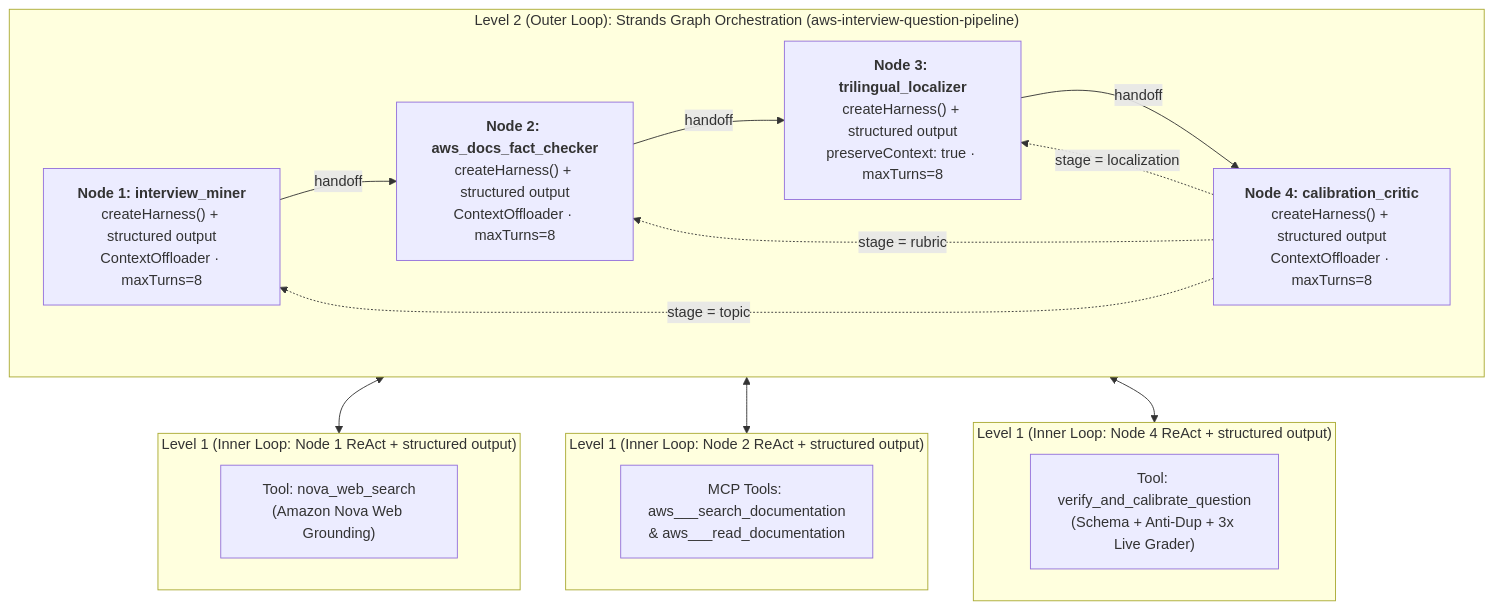
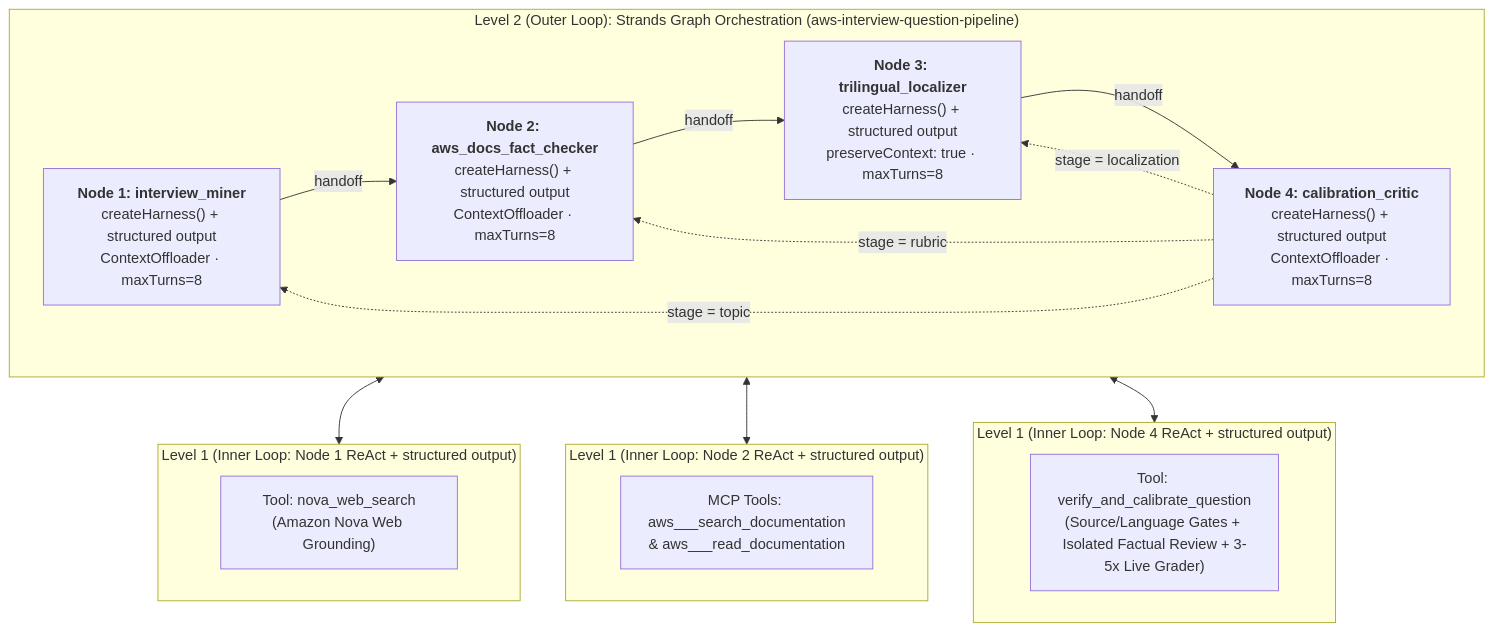
Before and after one commit to wongcyrus/The-Legend-of-AWS-Warrior: the diagram in docs/QUESTION_GENERATOR_AGENT.md, drawn with Mermaid. The commit also changed other lines of this file and 36 other files, not shown here.

Commit message:
Add Part 4 blog on question quality with AWS architecture diagram, Strands structured output, and research stack

````diff
--- a/docs/QUESTION_GENERATOR_AGENT.md
+++ b/docs/QUESTION_GENERATOR_AGENT.md
@@ -39,33 +315,33 @@
 ```mermaid
 flowchart TB
   subgraph OuterLoop["Level 2 (Outer Loop): Strands Graph Orchestration (aws-interview-question-pipeline)"]
     direction LR
     N1["<b>Node 1: interview_miner</b><br/>createHarness() + structured output<br/>ContextOffloader · maxTurns=8"]
     N2["<b>Node 2: aws_docs_fact_checker</b><br/>createHarness() + structured output<br/>ContextOffloader · maxTurns=8"]
     N3["<b>Node 3: trilingual_localizer</b><br/>createHarness() + structured output<br/>preserveContext: true · maxTurns=8"]
     N4["<b>Node 4: calibration_critic</b><br/>createHarness() + structured output<br/>ContextOffloader · maxTurns=8"]
 
     N1 -->|"handoff"| N2
     N2 -->|"handoff"| N3
     N3 -->|"handoff"| N4
     N4 -. "stage = localization" .-> N3
     N4 -. "stage = rubric" .-> N2
     N4 -. "stage = topic" .-> N1
   end
 
   subgraph InnerLoop1["Level 1 (Inner Loop: Node 1 ReAct + structured output)"]
     T1["Tool: nova_web_search<br/>(Amazon Nova Web Grounding)"]
   end
 
   subgraph InnerLoop2["Level 1 (Inner Loop: Node 2 ReAct + structured output)"]
     T2["MCP Tools: aws___search_documentation<br/>& aws___read_documentation"]
   end
 
   subgraph InnerLoop4["Level 1 (Inner Loop: Node 4 ReAct + structured output)"]
-    T4["Tool: verify_and_calibrate_question<br/>(Schema + Anti-Dup + 3x Live Grader)"]
+    T4["Tool: verify_and_calibrate_question<br/>(Source/Language Gates + Isolated Factual Review + 3-5x Live Grader)"]
   end
 
   N1 <--> InnerLoop1
   N2 <--> InnerLoop2
   N4 <--> InnerLoop4
 ```
````
